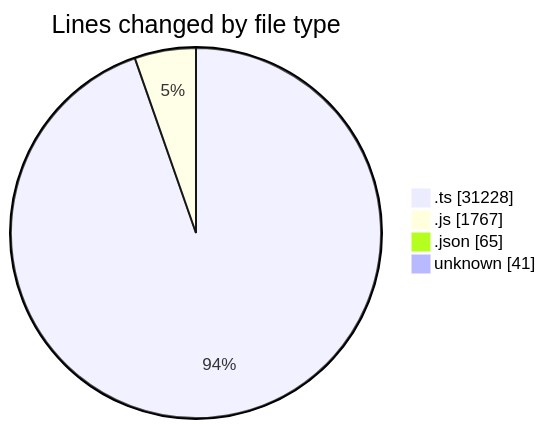
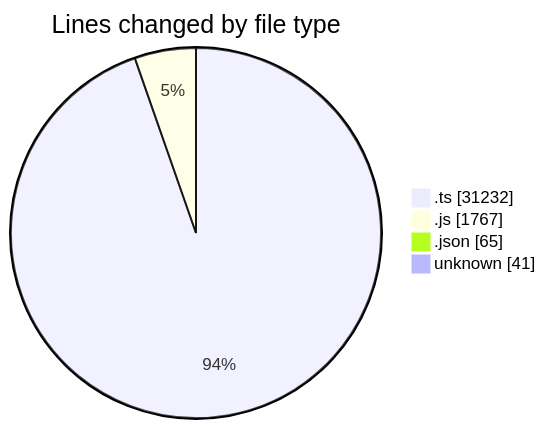
One commit to momahboobian/code-tracking changed the first of 2 diagrams in 2025-07-31/cda/README.md. Above: the diagram before and after it, drawn with Mermaid. The commit also changed other lines of this file and 1 other file, not shown here.

````diff
--- a/2025-07-31/cda/README.md
+++ b/2025-07-31/cda/README.md
@@ -26,8 +26,8 @@
 ```mermaid
 pie showData
 title Lines changed by file type
-".ts" : 31228
+".ts" : 31232
 ".js" : 1767
 ".json" : 65
 "unknown" : 41
 ```
````
